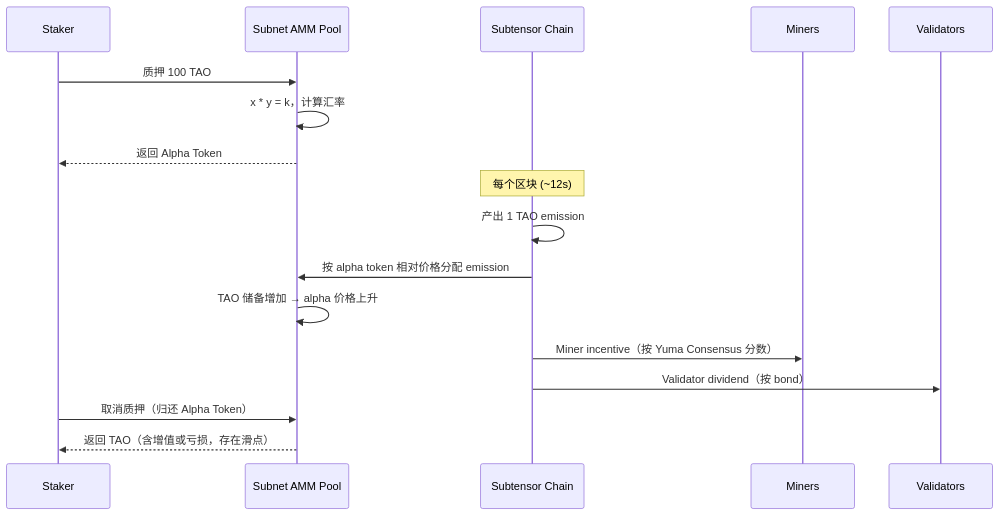
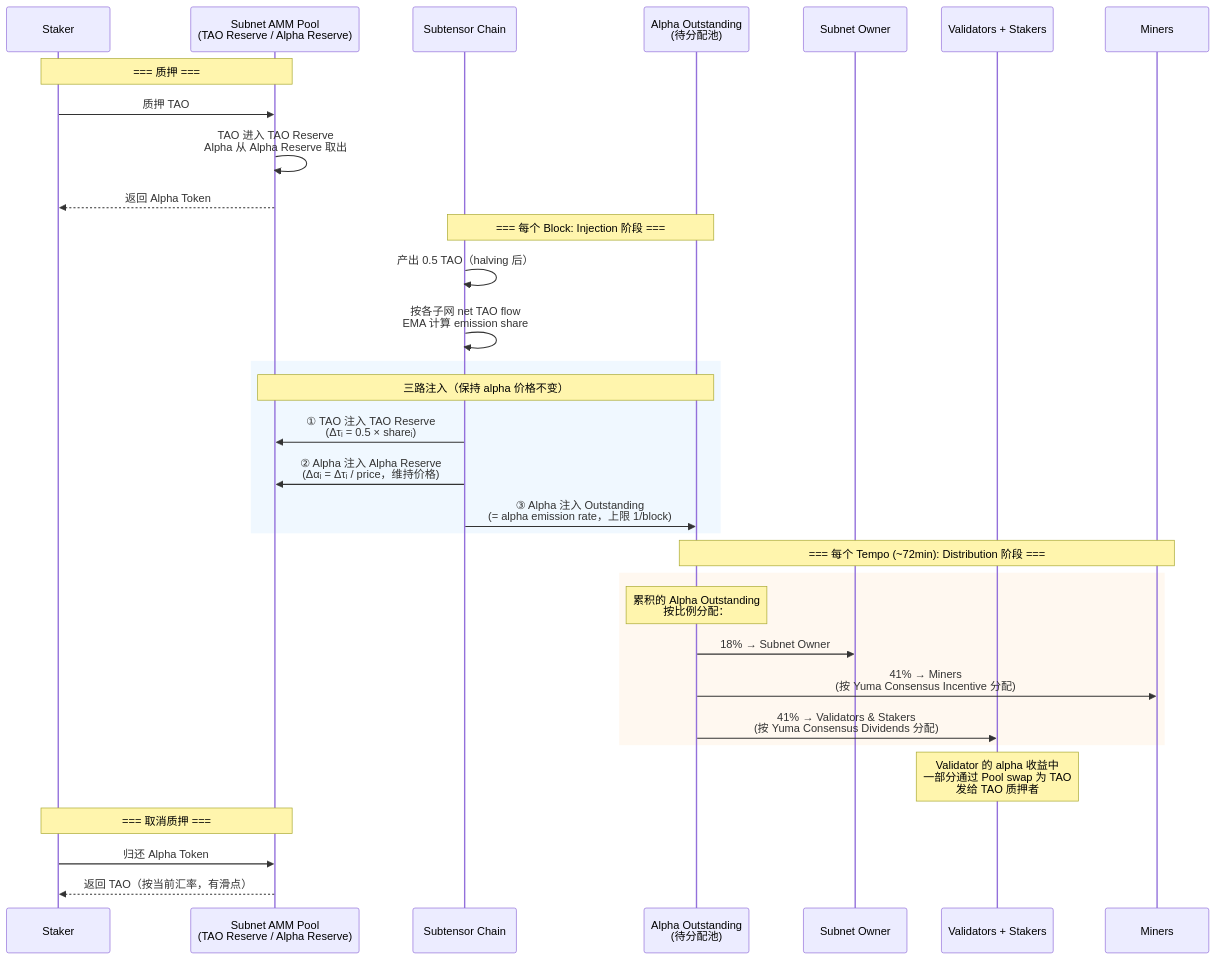
Before and after one commit to ping-ke/research: the second of 6 diagrams in ai+crypto/projects/bittensor.md, drawn with Mermaid. The commit also changed other lines of this file, not shown here.

````diff
--- a/ai+crypto/projects/bittensor.md
+++ b/ai+crypto/projects/bittensor.md
@@ -74,23 +119,40 @@
 ```mermaid
 sequenceDiagram
     participant S as Staker
-    participant AMM as Subnet AMM Pool
+    participant Pool as Subnet AMM Pool<br/>(TAO Reserve / Alpha Reserve)
     participant Sub as Subtensor Chain
+    participant AO as Alpha Outstanding<br/>(待分配池)
+    participant Owner as Subnet Owner
+    participant V as Validators + Stakers
     participant M as Miners
-    participant V as Validators
 
-    S->>AMM: 质押 100 TAO
-    AMM->>AMM: x * y = k，计算汇率
-    AMM-->>S: 返回 Alpha Token
+    Note over S,Pool: === 质押 ===
+    S->>Pool: 质押 TAO
+    Pool->>Pool: TAO 进入 TAO Reserve<br/>Alpha 从 Alpha Reserve 取出
+    Pool-->>S: 返回 Alpha Token
 
-    Note over Sub: 每个区块 (~12s)
-    Sub->>Sub: 产出 1 TAO emission
-    Sub->>AMM: 按 alpha token 相对价格分配 emission
-    AMM->>AMM: TAO 储备增加 → alpha 价格上升
+    Note over Sub,AO: === 每个 Block: Injection 阶段 ===
+    Sub->>Sub: 产出 0.5 TAO（halving 后）
+    Sub->>Sub: 按各子网 net TAO flow<br/>EMA 计算 emission share
 
-    Sub->>M: Miner incentive（按 Yuma Consensus 分数）
-    Sub->>V: Validator dividend（按 bond）
+    rect rgb(240, 248, 255)
+        Note over Pool,AO: 三路注入（保持 alpha 价格不变）
+        Sub->>Pool: ① TAO 注入 TAO Reserve<br/>(Δτᵢ = 0.5 × shareᵢ)
+        Sub->>Pool: ② Alpha 注入 Alpha Reserve<br/>(Δαᵢ = Δτᵢ / price，维持价格)
+        Sub->>AO: ③ Alpha 注入 Outstanding<br/>(= alpha emission rate，上限 1/block)
+    end
 
-    S->>AMM: 取消质押（归还 Alpha Token）
-    AMM-->>S: 返回 TAO（含增值或亏损，存在滑点）
+    Note over AO,M: === 每个 Tempo (~72min): Distribution 阶段 ===
+    rect rgb(255, 248, 240)
+        Note over AO: 累积的 Alpha Outstanding<br/>按比例分配：
+        AO->>Owner: 18% → Subnet Owner
+        AO->>M: 41% → Miners<br/>(按 Yuma Consensus Incentive 分配)
+        AO->>V: 41% → Validators & Stakers<br/>(按 Yuma Consensus Dividends 分配)
+    end
+
+    Note over V: Validator 的 alpha 收益中<br/>一部分通过 Pool swap 为 TAO<br/>发给 TAO 质押者
+
+    Note over S,Pool: === 取消质押 ===
+    S->>Pool: 归还 Alpha Token
+    Pool-->>S: 返回 TAO（按当前汇率，有滑点）
 ```
````
